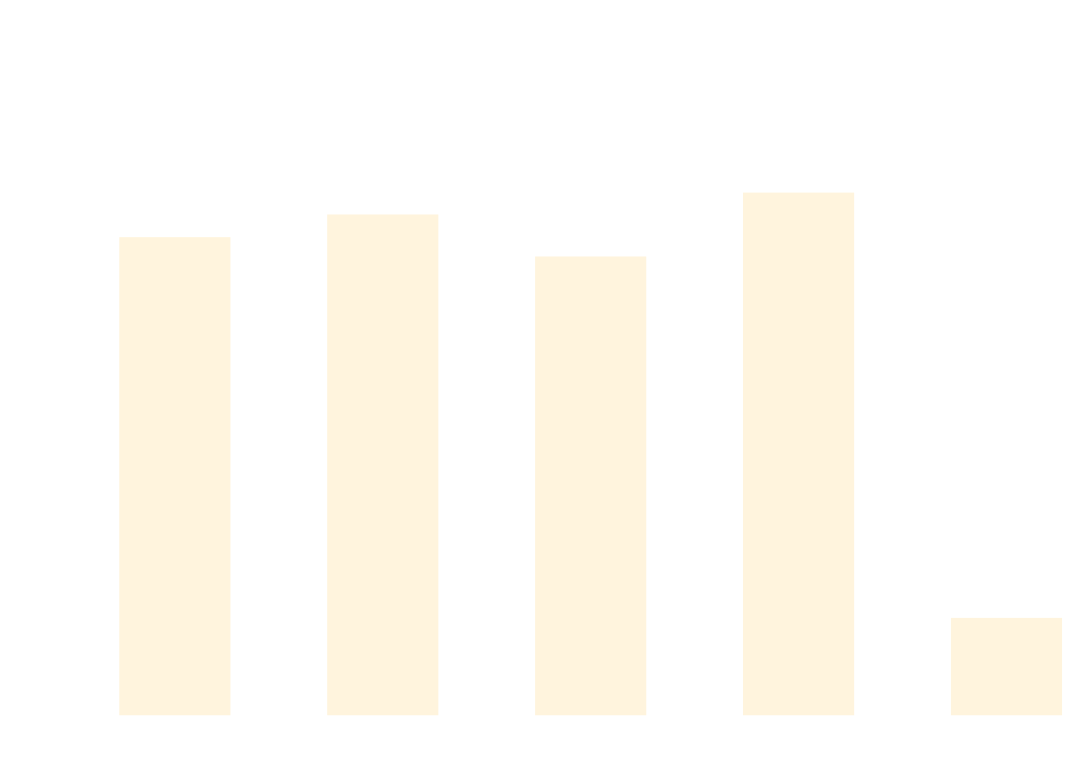
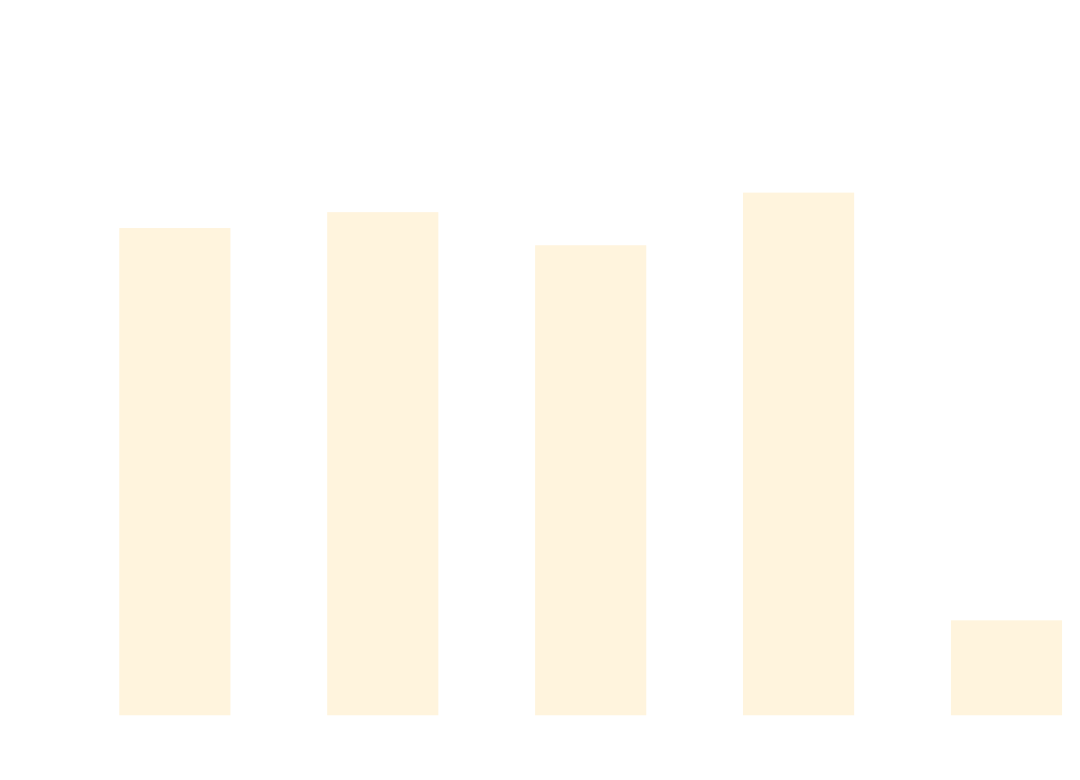
Before and after one commit to thomhurst/TUnit: the diagram in docs/docs/benchmarks/AsyncTests.md, drawn with Mermaid. The commit also changed other lines of this file and 17 other files, not shown here.

````diff
--- a/docs/docs/benchmarks/AsyncTests.md
+++ b/docs/docs/benchmarks/AsyncTests.md
@@ -27,37 +27,37 @@
 ```mermaid
 %%{init: {
   'theme':'base',
   'themeVariables': {
     'primaryColor': '#2563eb',
     'primaryTextColor': '#ffffff',
     'primaryBorderColor': '#1e40af',
     'lineColor': '#6b7280',
     'secondaryColor': '#7c3aed',
     'tertiaryColor': '#dc2626',
     'background': '#ffffff',
     'mainBkg': '#2563eb',
     'secondBkg': '#7c3aed',
     'tertiaryBkg': '#dc2626',
     'clusterBkg': '#f3f4f6',
     'edgeLabelBackground': '#ffffff',
     'tertiaryTextColor': '#1f2937',
     'pie1': '#2563eb',
     'pie2': '#7c3aed',
     'pie3': '#dc2626',
     'pie4': '#f59e0b',
     'pie5': '#10b981',
     'pie6': '#06b6d4',
     'pie7': '#ec4899',
     'pie8': '#6366f1',
     'pie9': '#84cc16',
     'pie10': '#f97316',
     'pie11': '#14b8a6',
     'pie12': '#a855f7'
   }
 }}%%
 xychart-beta
   title "AsyncTests Performance Comparison"
   x-axis ["TUnit", "NUnit", "MSTest", "xUnit3", "TUnit_AOT"]
-  y-axis "Time (ms)" 0 --> 900
-  bar [684.1, 717.4, 655.8, 749.5, 125.6]
+  y-axis "Time (ms)" 0 --> 920
+  bar [713, 736.8, 687.2, 766.1, 124.7]
 ```
````
